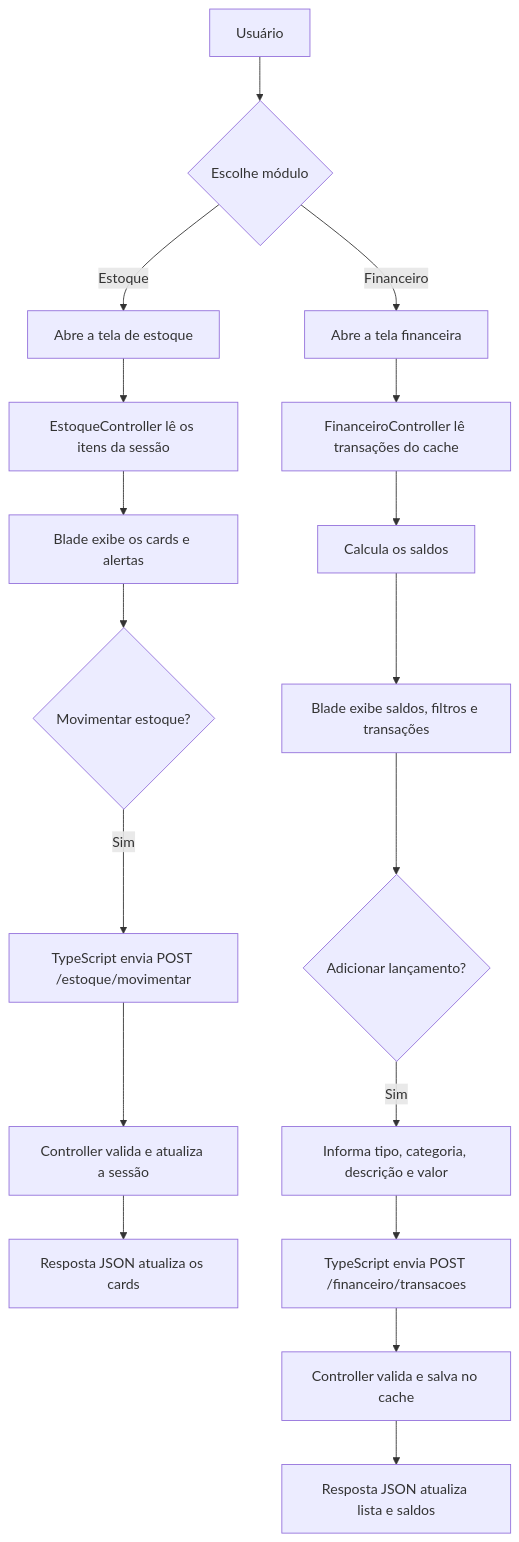
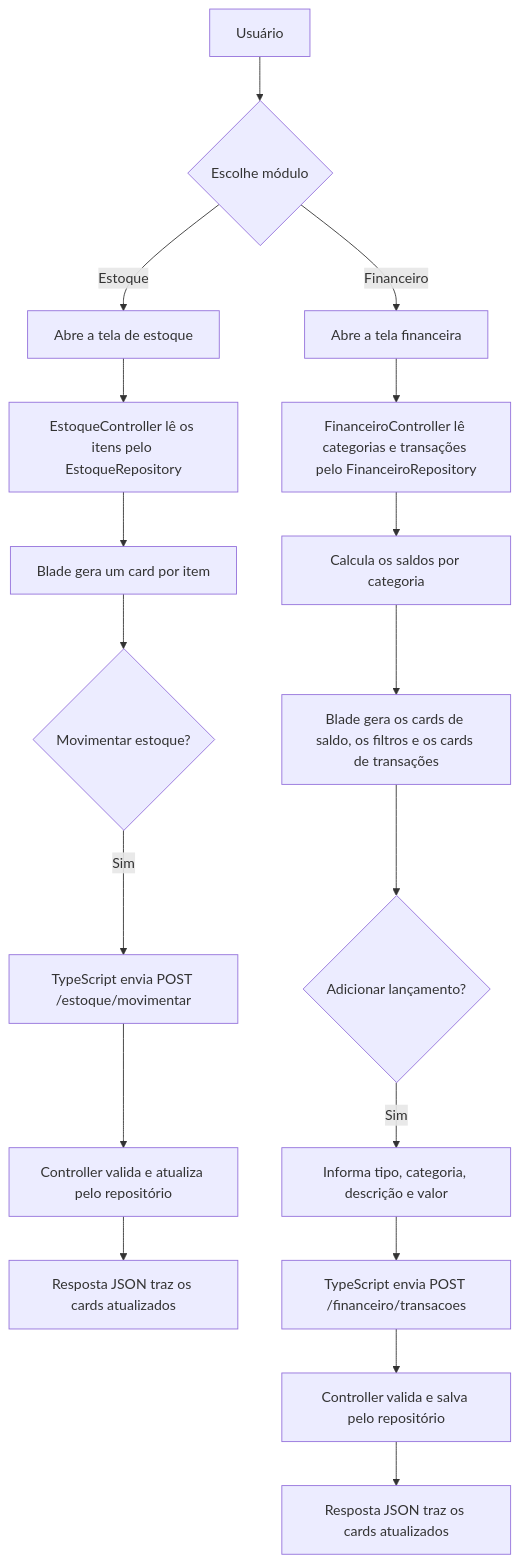
Before and after one commit to FontanaLeo/acougue-manager: the first of 3 diagrams in COMO-INICIAR.md, drawn with Mermaid. The commit also changed other lines of this file and 20 other files, not shown here.

First line of the commit message:
Gera os cards a partir de dados mock trocáveis

````diff
--- a/COMO-INICIAR.md
+++ b/COMO-INICIAR.md
@@ -57,22 +57,22 @@
 ```mermaid
 flowchart TD
     U[Usuário] --> M{Escolhe módulo}
 
     M -->|Estoque| E1[Abre a tela de estoque]
-    E1 --> E2[EstoqueController lê os itens da sessão]
-    E2 --> E3[Blade exibe os cards e alertas]
+    E1 --> E2[EstoqueController lê os itens pelo EstoqueRepository]
+    E2 --> E3[Blade gera um card por item]
     E3 --> E4{Movimentar estoque?}
     E4 -->|Sim| E5[TypeScript envia POST /estoque/movimentar]
-    E5 --> E6[Controller valida e atualiza a sessão]
-    E6 --> E7[Resposta JSON atualiza os cards]
+    E5 --> E6[Controller valida e atualiza pelo repositório]
+    E6 --> E7[Resposta JSON traz os cards atualizados]
 
     M -->|Financeiro| F1[Abre a tela financeira]
-    F1 --> F2[FinanceiroController lê transações do cache]
-    F2 --> F3[Calcula os saldos]
-    F3 --> F4[Blade exibe saldos, filtros e transações]
+    F1 --> F2[FinanceiroController lê categorias e transações pelo FinanceiroRepository]
+    F2 --> F3[Calcula os saldos por categoria]
+    F3 --> F4[Blade gera os cards de saldo, os filtros e os cards de transações]
     F4 --> F5{Adicionar lançamento?}
     F5 -->|Sim| F6[Informa tipo, categoria, descrição e valor]
     F6 --> F7[TypeScript envia POST /financeiro/transacoes]
-    F7 --> F8[Controller valida e salva no cache]
-    F8 --> F9[Resposta JSON atualiza lista e saldos]
+    F7 --> F8[Controller valida e salva pelo repositório]
+    F8 --> F9[Resposta JSON traz os cards atualizados]
 ```
````
